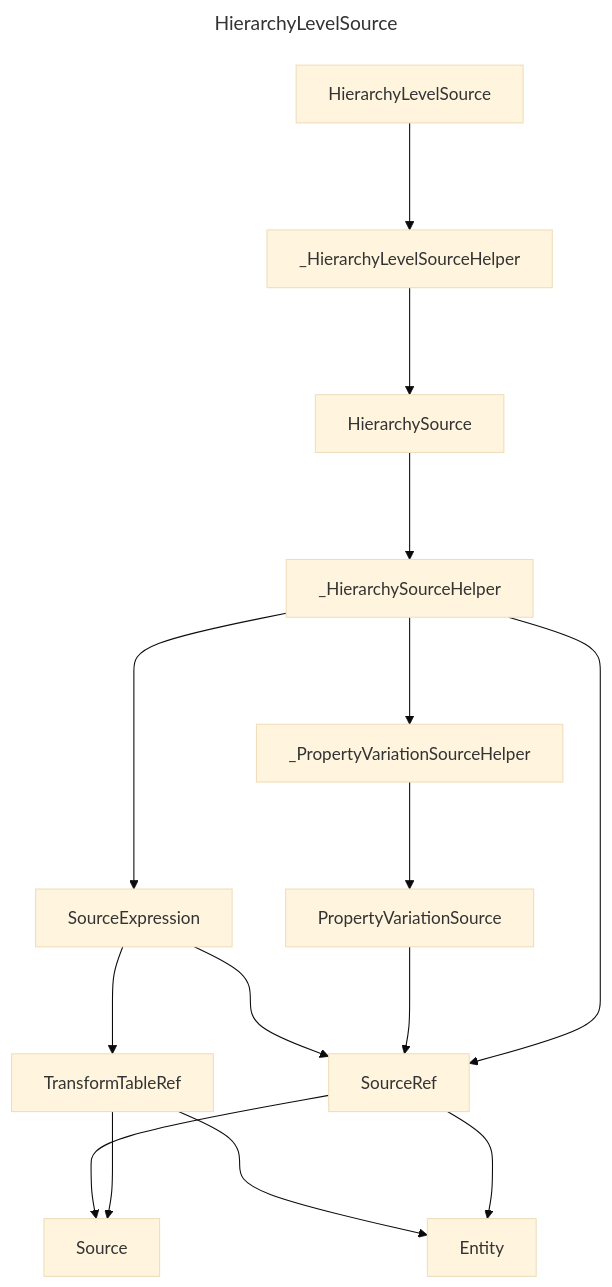
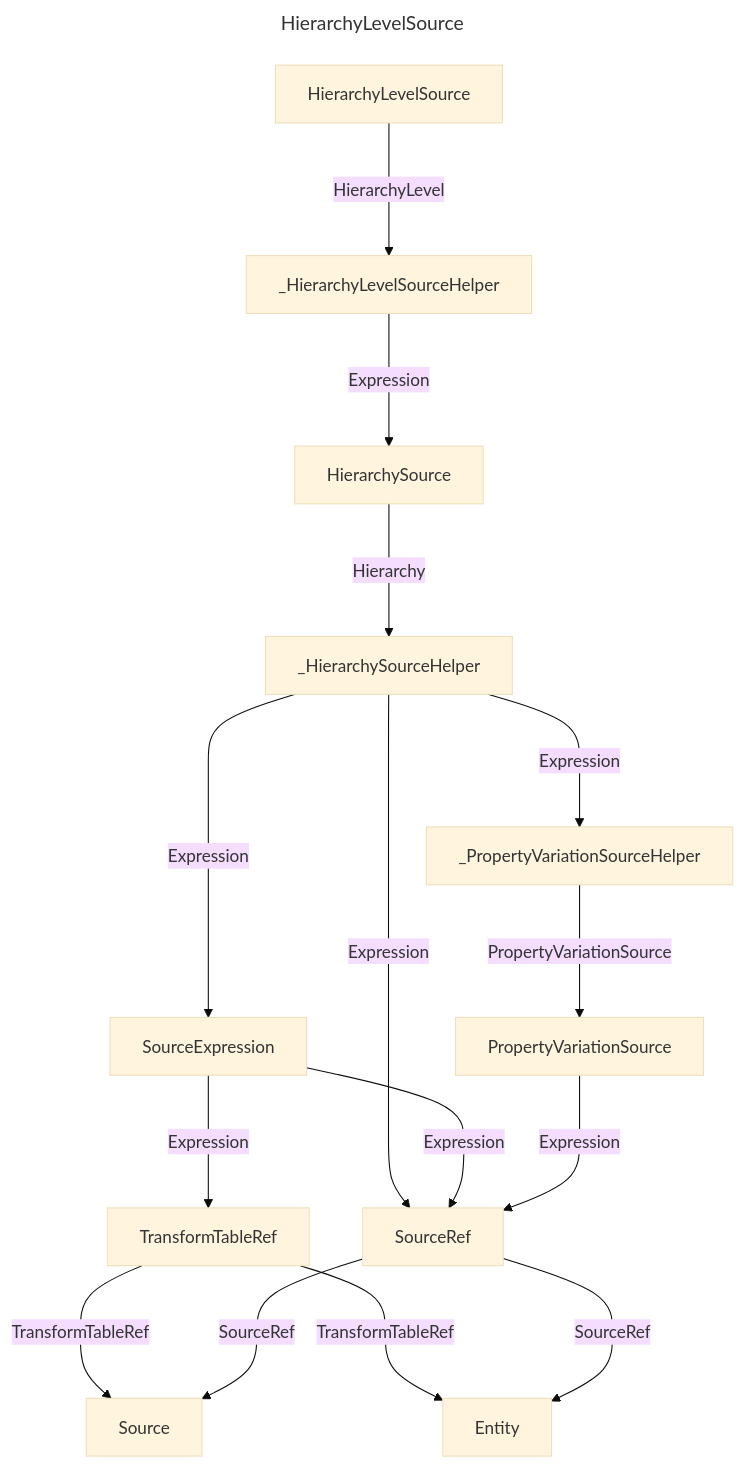
The diagram in docs/docs/layout/erd/HierarchyLevelSource.md (douglassimonsen/pbi_core), drawn with Mermaid (base theme) before and after one commit. The commit also changed 77 other files, not shown here.

Commit message:
Updated to color code the layout ERD

````diff
--- a/docs/docs/layout/erd/HierarchyLevelSource.md
+++ b/docs/docs/layout/erd/HierarchyLevelSource.md
@@ -1,31 +1,31 @@
 ```mermaid
 ---
 title: HierarchyLevelSource
 ---
 graph 
-2721642012080["HierarchyLevelSource"]
-2721641999392["TransformTableRef"]
-2721642000368["SourceRef"]
-2721641985728["Entity"]
-2721642006224["_PropertyVariationSourceHelper"]
-2721642010128["_HierarchyLevelSourceHelper"]
-2721642015984["HierarchySource"]
-2721642015008["_HierarchySourceHelper"]
-2721642011104["PropertyVariationSource"]
-2721641982800["Source"]
-2721641984752["SourceExpression"]
-2721641984752 ---> 2721642000368
-2721641984752 ---> 2721641999392
-2721641999392 ---> 2721641985728
-2721642012080 ---> 2721642010128
-2721642015008 ---> 2721642006224
-2721642000368 ---> 2721641982800
-2721642000368 ---> 2721641985728
-2721641999392 ---> 2721641982800
-2721642006224 ---> 2721642011104
-2721642010128 ---> 2721642015984
-2721642011104 ---> 2721642000368
-2721642015008 ---> 2721641984752
-2721642015984 ---> 2721642015008
-2721642015008 ---> 2721642000368
+2430071339472["SourceExpression"]
+2430071370704["PropertyVariationSource"]
+2430071367776["_PropertyVariationSourceHelper"]
+2430071358992["_HierarchySourceHelper"]
+2430071355088["SourceRef"]
+2430071344352["Source"]
+2430071368752["HierarchySource"]
+2430071364848["_HierarchyLevelSourceHelper"]
+2430071338496["TransformTableRef"]
+2430071363872["HierarchyLevelSource"]
+2430071353136["Entity"]
+2430071358992 --->|Expression| 2430071355088
+2430071339472 --->|Expression| 2430071338496
+2430071368752 --->|Hierarchy| 2430071358992
+2430071338496 --->|TransformTableRef| 2430071353136
+2430071363872 --->|HierarchyLevel| 2430071364848
+2430071339472 --->|Expression| 2430071355088
+2430071358992 --->|Expression| 2430071339472
+2430071367776 --->|PropertyVariationSource| 2430071370704
+2430071338496 --->|TransformTableRef| 2430071344352
+2430071364848 --->|Expression| 2430071368752
+2430071355088 --->|SourceRef| 2430071344352
+2430071358992 --->|Expression| 2430071367776
+2430071370704 --->|Expression| 2430071355088
+2430071355088 --->|SourceRef| 2430071353136
 ```
````
